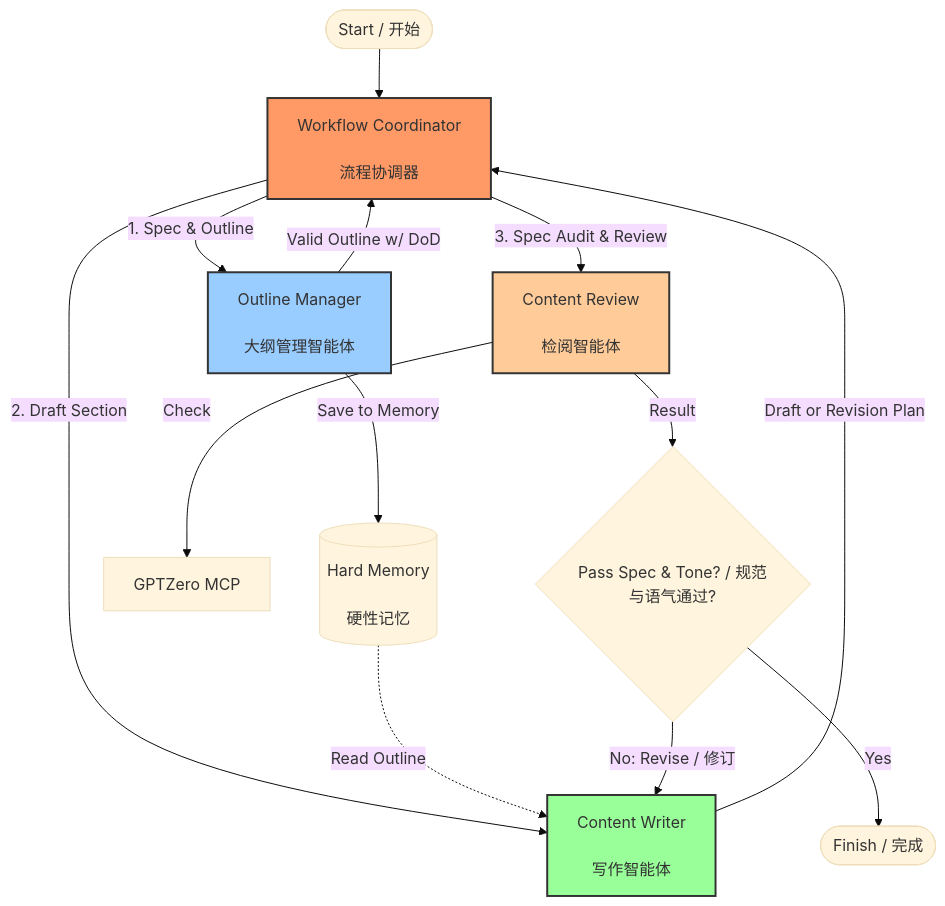
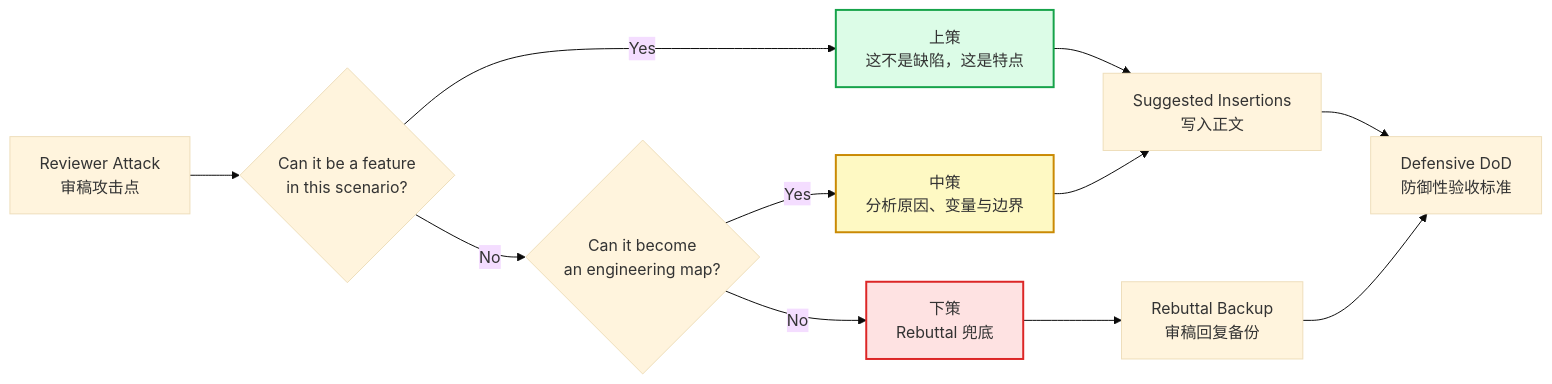
Before and after one commit to donghuixin/AI-Vibe-Writing-Skills: the second of 2 diagrams in README.md, drawn with Mermaid (base theme). The commit also changed other lines of this file and 13 other files, not shown here.

````diff
--- a/README.md
+++ b/README.md
@@ -475,30 +196,18 @@
 ```mermaid
-graph TD
-    Start([Start / 开始]) --> Coordinator[Workflow Coordinator
-    <br />流程协调器]
-    
-    Coordinator -->|1. Spec & Outline| OutlineMgr[Outline Manager
-    <br />大纲管理智能体]
-    OutlineMgr -->|Save to Memory| HardMem[(Hard Memory
-    <br />硬性记忆)]
-    OutlineMgr -->|Valid Outline w/ DoD| Coordinator
-    
-    Coordinator -->|2. Draft Section| Writer[Content Writer
-    <br />写作智能体]
-    HardMem -.->|Read Outline| Writer
-    Writer -->|Draft or Revision Plan| Coordinator
-    
-    Coordinator -->|3. Spec Audit & Review| Reviewer[Content Review
-    <br />检阅智能体]
-    Reviewer -->|Check| MCP[GPTZero MCP]
-    
-    Reviewer -->|Result| Decision{Pass Spec & Tone? / 规范与语气通过?}
-    
-    Decision -->|Yes| Finish([Finish / 完成])
-    Decision -->|No: Revise / 修订| Writer
-    
-    style Coordinator fill:#f96,stroke:#333,stroke-width:2px
-    style OutlineMgr fill:#9cf,stroke:#333,stroke-width:2px
-    style Writer fill:#9f9,stroke:#333,stroke-width:2px
-    style Reviewer fill:#fc9,stroke:#333,stroke-width:2px
+flowchart LR
+    A["Reviewer Attack<br/>审稿攻击点"] --> B{"Can it be a feature<br/>in this scenario?"}
+    B -->|Yes| U["上策<br/>这不是缺陷，这是特点"]
+    B -->|No| C{"Can it become<br/>an engineering map?"}
+    C -->|Yes| M["中策<br/>分析原因、变量与边界"]
+    C -->|No| L["下策<br/>Rebuttal 兜底"]
+
+    U --> D["Suggested Insertions<br/>写入正文"]
+    M --> D
+    L --> E["Rebuttal Backup<br/>审稿回复备份"]
+    D --> F["Defensive DoD<br/>防御性验收标准"]
+    E --> F
+
+    style U fill:#dcfce7,stroke:#16a34a,stroke-width:2px
+    style M fill:#fef9c3,stroke:#ca8a04,stroke-width:2px
+    style L fill:#fee2e2,stroke:#dc2626,stroke-width:2px
 ```
````
